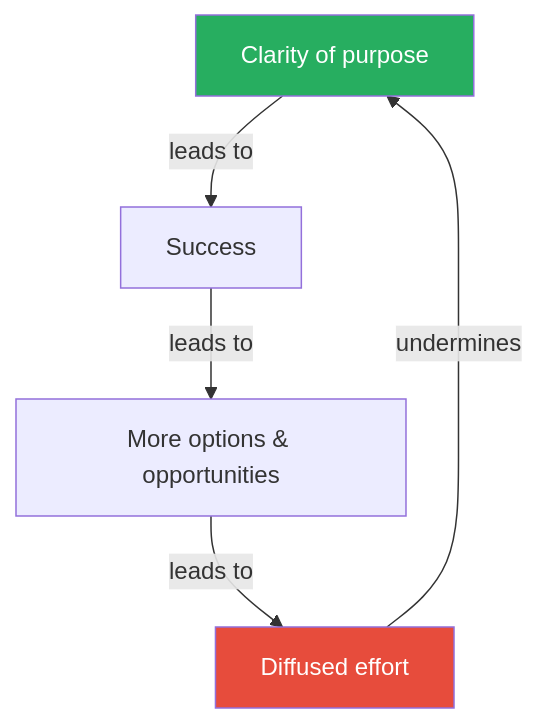
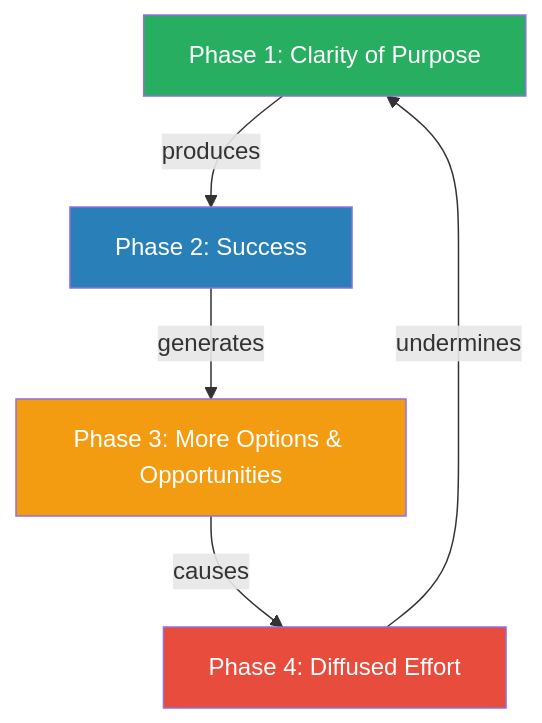
One commit to alius33/reader changed the eighth of 8 diagrams in summaries/Mindset & Self-Mastery/Essentialism - Greg McKeown.md. Above: the diagram before and after it, drawn with Mermaid. The commit also changed other lines of this file and 272 other files, not shown here.

````diff
--- a/summaries/Mindset & Self-Mastery/Essentialism - Greg McKeown.md
+++ b/summaries/Mindset & Self-Mastery/Essentialism - Greg McKeown.md
@@ -118,9 +946,11 @@
 ```mermaid
 flowchart TD
-    A["Clarity of purpose"] -->|leads to| B["Success"]
-    B -->|leads to| C["More options & opportunities"]
-    C -->|leads to| D["Diffused effort"]
-    D -->|undermines| A
+    A["Phase 1: Clarity of Purpose"] -->|"produces"| B["Phase 2: Success"]
+    B -->|"generates"| C["Phase 3: More Options & Opportunities"]
+    C -->|"causes"| D["Phase 4: Diffused Effort"]
+    D -->|"undermines"| A
     style A fill:#27ae60,color:#fff
+    style B fill:#2980b9,color:#fff
+    style C fill:#f39c12,color:#fff
     style D fill:#e74c3c,color:#fff
 ```
````
